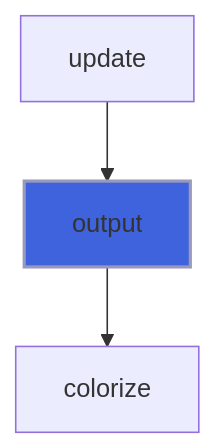
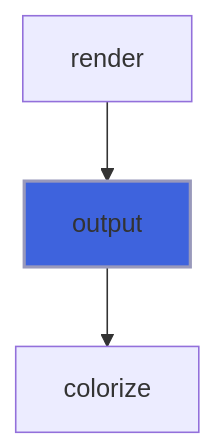
One commit to szaghi/forbear changed the fourth of 4 diagrams in docs/api/src/lib/forbear_element_object.md. Above: the diagram before and after it, drawn with Mermaid. The commit also changed other lines of this file and 101 other files, not shown here.

````diff
--- a/docs/api/src/lib/forbear_element_object.md
+++ b/docs/api/src/lib/forbear_element_object.md
@@ -139,6 +138,6 @@
 ```mermaid
 flowchart TD
-  update["update"] --> output["output"]
+  render["render"] --> output["output"]
   output["output"] --> colorize["colorize"]
   style output fill:#3e63dd,stroke:#99b,stroke-width:2px
 ```
````
